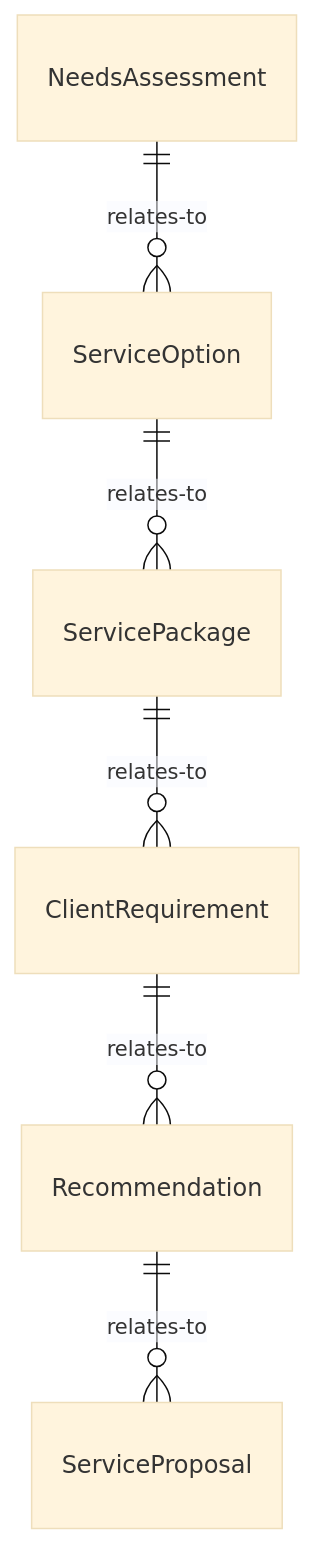
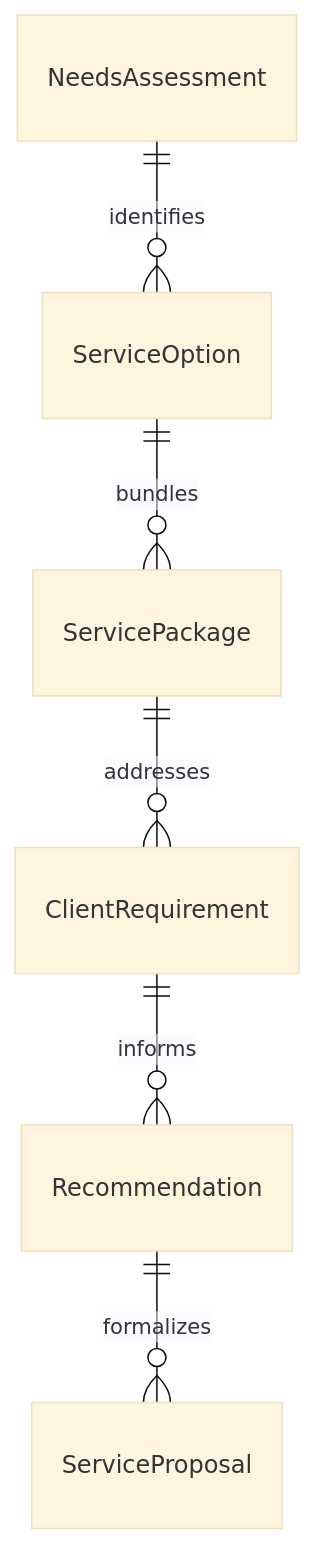
Before and after one commit to dot-org-ai/tasks.org.ai: the first of 4 diagrams in CommunicatingWithSupervisorsPeersOrSubordinates/ConferWithClientsToDetermineNeedsOrOrderSpecifications/DiscussServiceOptionsNeedsClients.mdx, drawn with Mermaid (base theme). The commit also changed other lines of this file and 515 other files, not shown here.

````diff
--- a/CommunicatingWithSupervisorsPeersOrSubordinates/ConferWithClientsToDetermineNeedsOrOrderSpecifications/DiscussServiceOptionsNeedsClients.mdx
+++ b/CommunicatingWithSupervisorsPeersOrSubordinates/ConferWithClientsToDetermineNeedsOrOrderSpecifications/DiscussServiceOptionsNeedsClients.mdx
@@ -89,8 +89,8 @@
 ```mermaid
 erDiagram
-    NeedsAssessment ||--o{ ServiceOption : relates-to
-    ServiceOption ||--o{ ServicePackage : relates-to
-    ServicePackage ||--o{ ClientRequirement : relates-to
-    ClientRequirement ||--o{ Recommendation : relates-to
-    Recommendation ||--o{ ServiceProposal : relates-to
+    NeedsAssessment ||--o{ ServiceOption : identifies
+    ServiceOption ||--o{ ServicePackage : bundles
+    ServicePackage ||--o{ ClientRequirement : addresses
+    ClientRequirement ||--o{ Recommendation : informs
+    Recommendation ||--o{ ServiceProposal : formalizes
 ```
````
